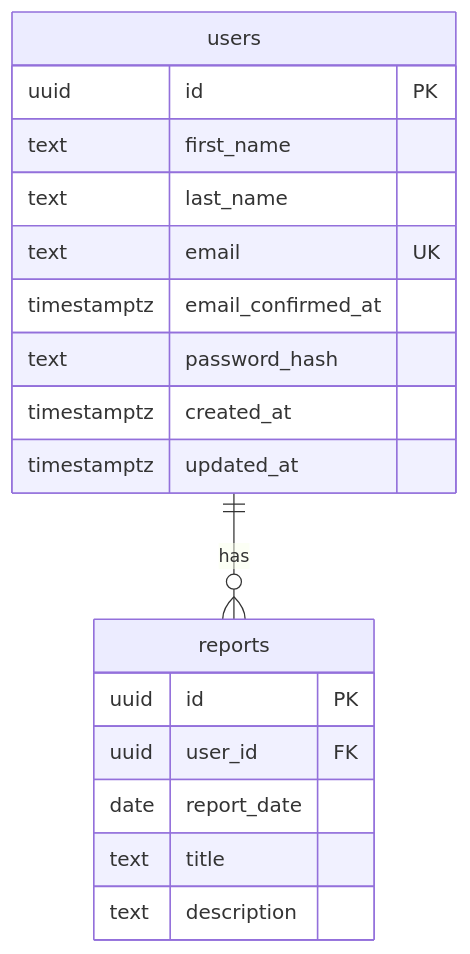
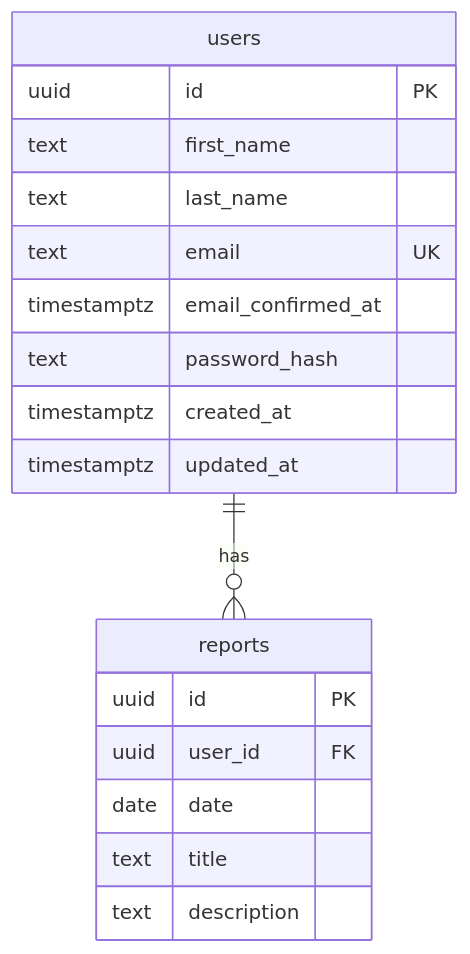
One commit to gianluca-schulz/apprentice-clock changed the diagram in docs/data-model.md. Above: the diagram before and after it, drawn with Mermaid. The commit also changed other lines of this file, not shown here.

Commit message:
docs(data-model): rename report_date to date

````diff
--- a/docs/data-model.md
+++ b/docs/data-model.md
@@ -84,21 +84,21 @@
 ```mermaid
 erDiagram
     users ||--o{ reports : "has"
     users {
         uuid id PK
         text first_name
         text last_name
         text email UK
         timestamptz email_confirmed_at
         text password_hash
         timestamptz created_at
         timestamptz updated_at
     }
     reports {
         uuid id PK
         uuid user_id FK
-        date report_date
+        date date
         text title
         text description
     }
 ```
````
